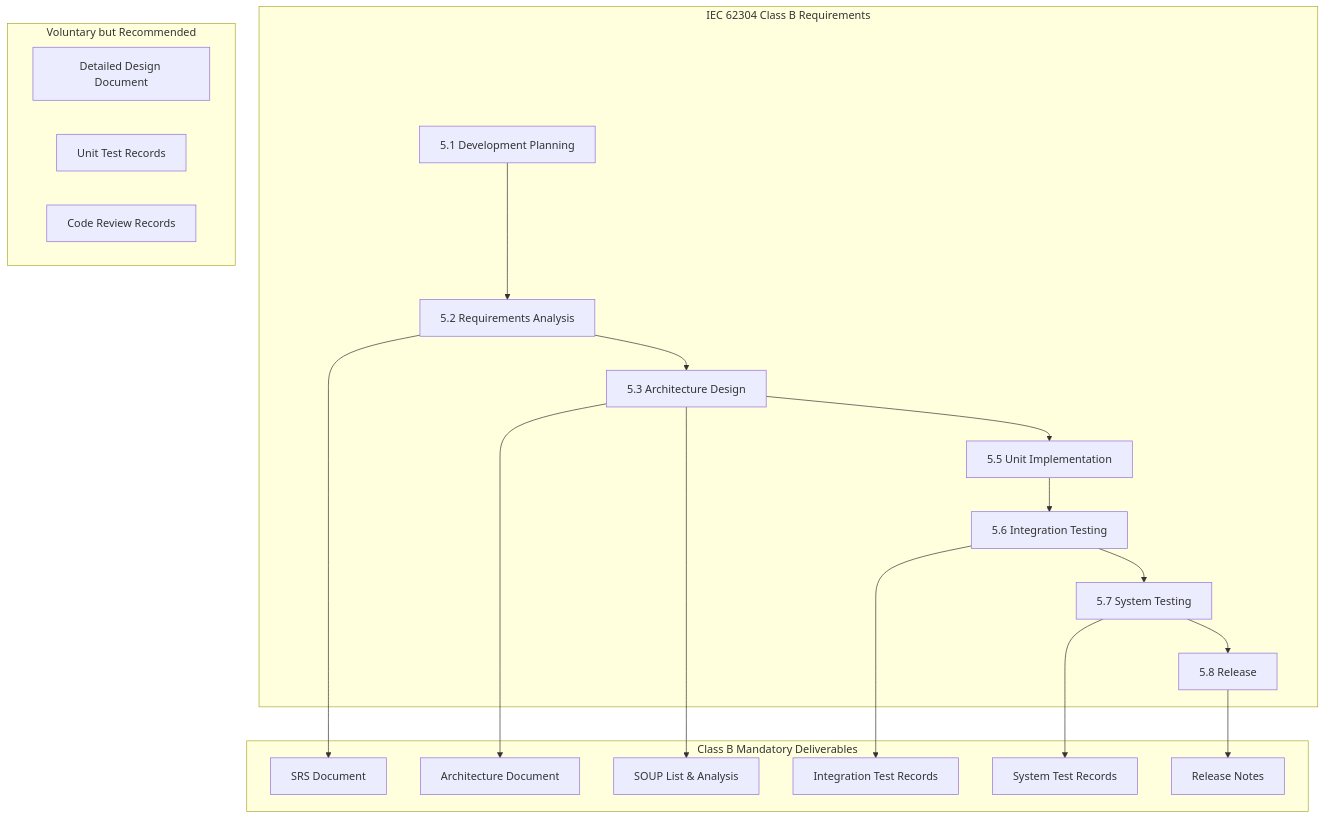
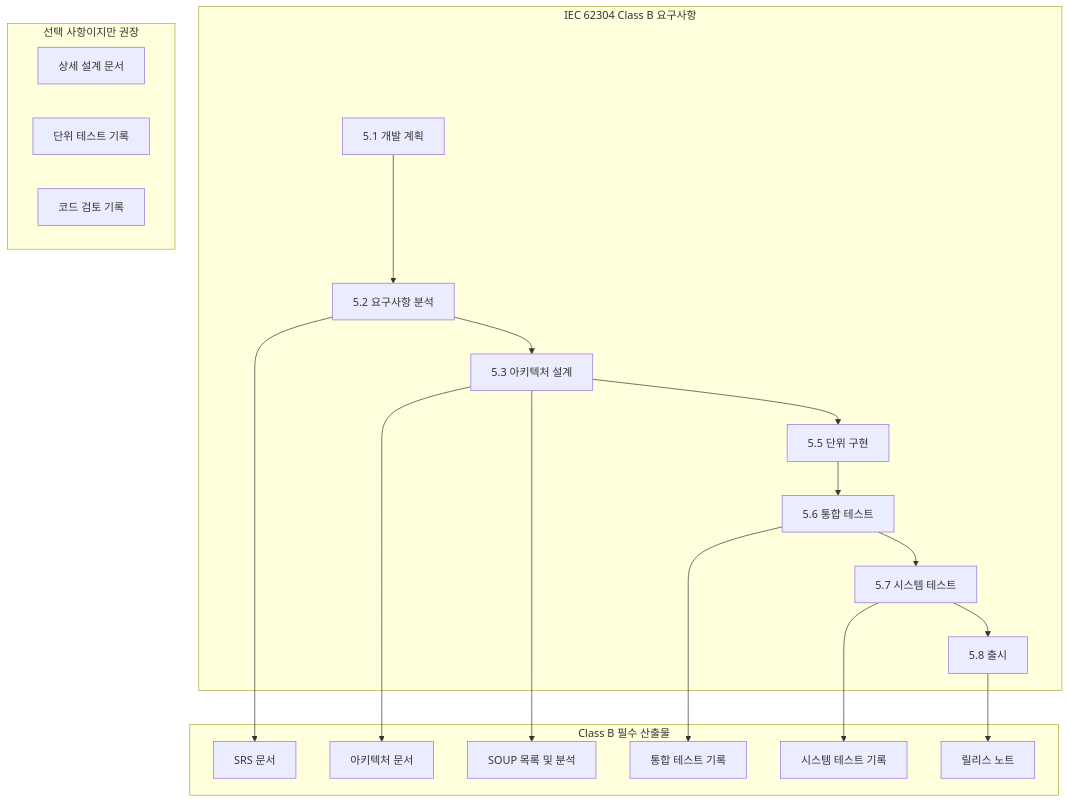
The second of 13 diagrams in docs/post-processing/gsvg/GSVG_IEC62304_ClassB_Document_Package.md (holee9/image-processing), drawn with Mermaid before and after one commit. The commit also changed other lines of this file and 51 other files, not shown here.

````diff
--- a/docs/post-processing/gsvg/GSVG_IEC62304_ClassB_Document_Package.md
+++ b/docs/post-processing/gsvg/GSVG_IEC62304_ClassB_Document_Package.md
@@ -66,33 +66,33 @@
 ```mermaid
 graph TD
-    subgraph "IEC 62304 Class B Requirements"
-        P[5.1 Development Planning] --> R[5.2 Requirements Analysis]
-        R --> A[5.3 Architecture Design]
-        A --> I[5.5 Unit Implementation]
-        I --> IT[5.6 Integration Testing]
-        IT --> ST[5.7 System Testing]
-        ST --> REL[5.8 Release]
+    subgraph "IEC 62304 Class B 요구사항"
+        P[5.1 개발 계획] --> R[5.2 요구사항 분석]
+        R --> A[5.3 아키텍처 설계]
+        A --> I[5.5 단위 구현]
+        I --> IT[5.6 통합 테스트]
+        IT --> ST[5.7 시스템 테스트]
+        ST --> REL[5.8 출시]
     end
     
-    subgraph "Class B Mandatory Deliverables"
-        D1[SRS Document]
-        D2[Architecture Document]
-        D3[SOUP List & Analysis]
-        D4[Integration Test Records]
-        D5[System Test Records]
-        D6[Release Notes]
+    subgraph "Class B 필수 산출물"
+        D1[SRS 문서]
+        D2[아키텍처 문서]
+        D3[SOUP 목록 및 분석]
+        D4[통합 테스트 기록]
+        D5[시스템 테스트 기록]
+        D6[릴리스 노트]
     end
     
-    subgraph "Voluntary but Recommended"
-        D7[Detailed Design Document]
-        D8[Unit Test Records]
-        D9[Code Review Records]
+    subgraph "선택 사항이지만 권장"
+        D7[상세 설계 문서]
+        D8[단위 테스트 기록]
+        D9[코드 검토 기록]
     end
     
     R --> D1
     A --> D2
     A --> D3
     IT --> D4
     ST --> D5
     REL --> D6
 ```
````
